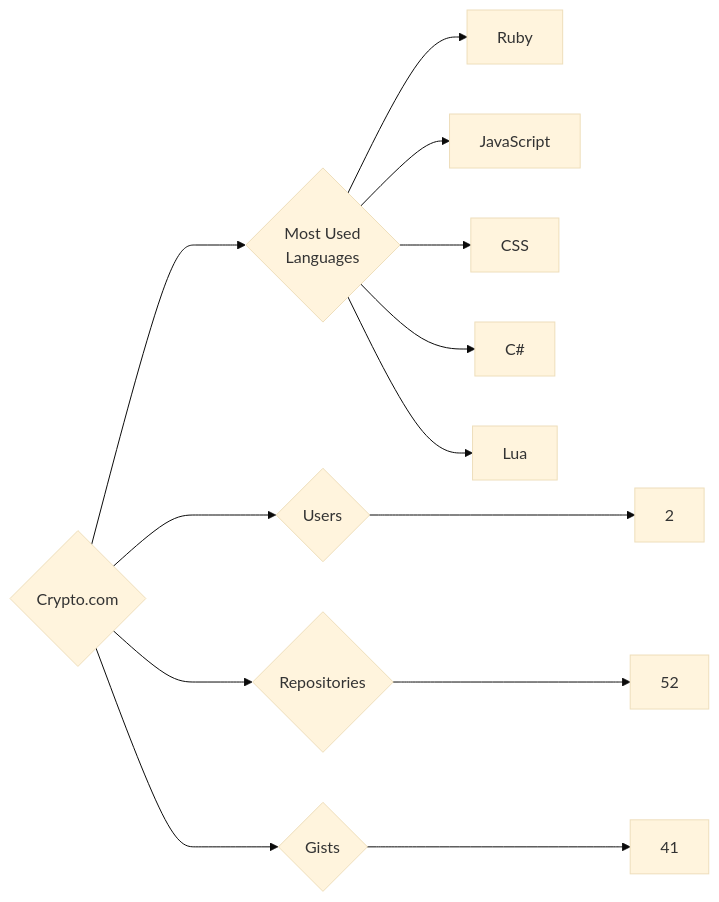
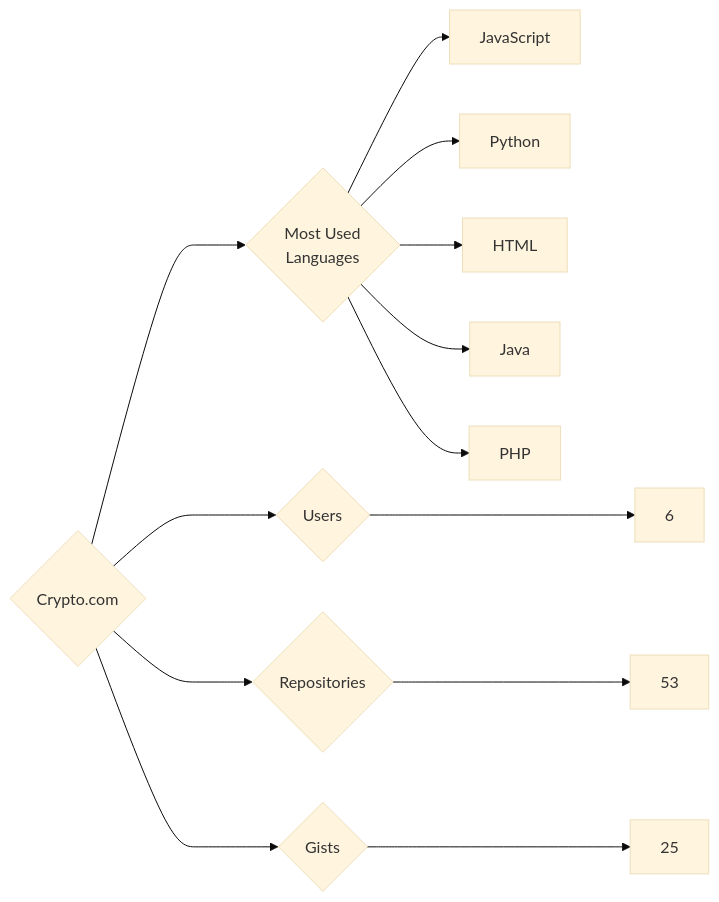
One commit to trickest/insiders changed the diagram in targets/Crypto.com/README.md. Above: the diagram before and after it, drawn with Mermaid (base theme). The commit also changed 777 other files, not shown here.

````diff
--- a/targets/Crypto.com/README.md
+++ b/targets/Crypto.com/README.md
@@ -3,13 +3,13 @@
 ```mermaid
 graph LR
 COMPANY_NAME{Crypto.com}
-COMPANY_NAME ---> U{Users} ---> UN[2]
-COMPANY_NAME ---> R{Repositories} ---> RN[52]
-COMPANY_NAME ---> G{Gists} ---> GN[41]
+COMPANY_NAME ---> U{Users} ---> UN[6]
+COMPANY_NAME ---> R{Repositories} ---> RN[53]
+COMPANY_NAME ---> G{Gists} ---> GN[25]
 COMPANY_NAME ---> ML{Most Used<br>Languages}
-ML --> Ruby[Ruby]
 ML --> JavaScript[JavaScript]
-ML --> CSS[CSS]
-ML --> C#[C#]
-ML --> Lua[Lua]
+ML --> Python[Python]
+ML --> HTML[HTML]
+ML --> Java[Java]
+ML --> PHP[PHP]
 ```
````
